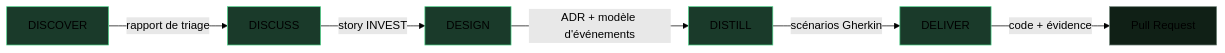
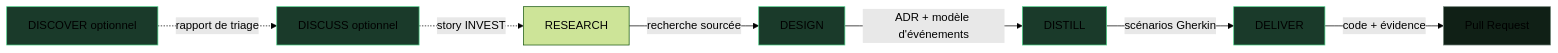
The diagram in docs/site/fr/explanation/pipeline/index.md (SebastienDegodez/skraft-plugin), drawn with Mermaid (forest theme) before and after one commit. The commit also changed other lines of this file and 12 other files, not shown here.

````diff
--- a/docs/site/fr/explanation/pipeline/index.md
+++ b/docs/site/fr/explanation/pipeline/index.md
@@ -14,14 +38,15 @@
 ```mermaid
 graph LR
-    D[DISCOVER] -->|rapport de triage| DI[DISCUSS]
-    DI -->|story INVEST| DE[DESIGN]
+    D[DISCOVER optionnel] -.->|rapport de triage| DI[DISCUSS optionnel]
+    DI -.->|story INVEST| R[RESEARCH]
+    R -->|recherche sourcée| DE[DESIGN]
     DE -->|ADR + modèle d'événements| DIS[DISTILL]
     DIS -->|scénarios Gherkin| DEL[DELIVER]
     DEL -->|code + évidence| PR[Pull Request]
     style D fill:#1a3a2a,stroke:#4ed58a
     style DI fill:#1a3a2a,stroke:#4ed58a
     style DE fill:#1a3a2a,stroke:#4ed58a
     style DIS fill:#1a3a2a,stroke:#4ed58a
     style DEL fill:#1a3a2a,stroke:#4ed58a
     style PR fill:#102016,stroke:#6f8478
 ```
````
